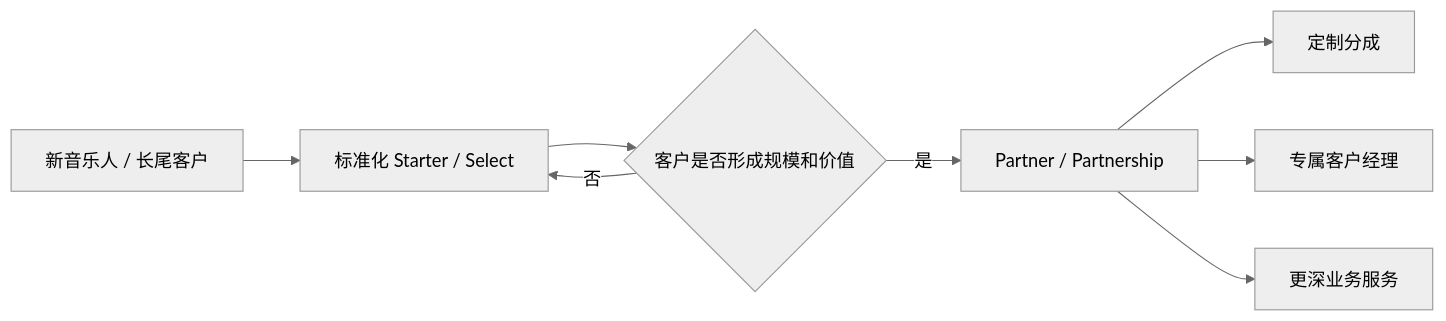
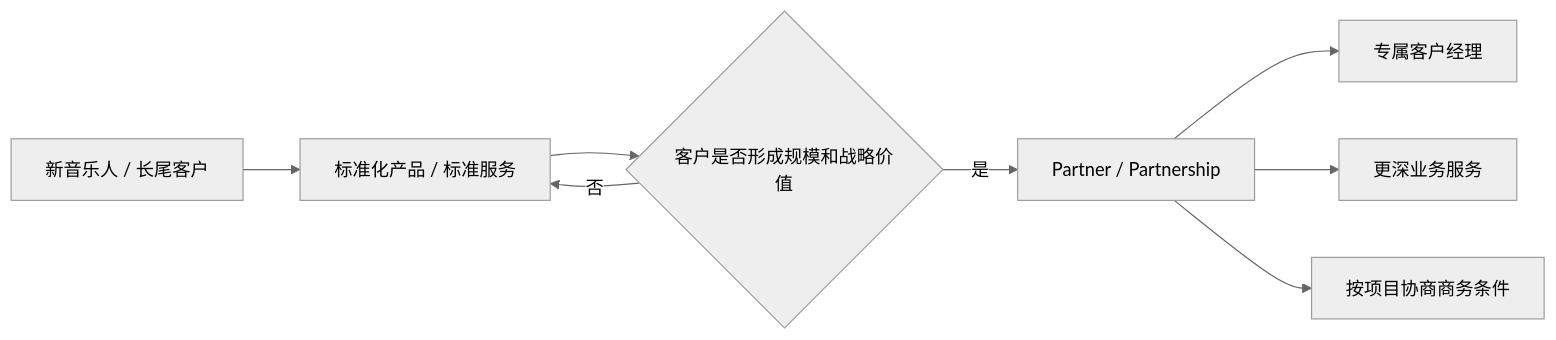
One commit to zeroooolu/kanjian-distribution-products changed the second of 7 diagrams in 02-star-release/commercial-model-v1.0.md. Above: the diagram before and after it, drawn with Mermaid (neutral theme). The commit also changed other lines of this file, not shown here.

````diff
--- a/02-star-release/commercial-model-v1.0.md
+++ b/02-star-release/commercial-model-v1.0.md
@@ -101,10 +106,10 @@
 ```mermaid
 flowchart LR
-    A[新音乐人 / 长尾客户] --> B[标准化 Starter / Select]
-    B --> C{客户是否形成规模和价值}
+    A[新音乐人 / 长尾客户] --> B[标准化产品 / 标准服务]
+    B --> C{客户是否形成规模和战略价值}
     C -- 否 --> B
     C -- 是 --> D[Partner / Partnership]
-    D --> E[定制分成]
-    D --> F[专属客户经理]
-    D --> G[更深业务服务]
+    D --> E[专属客户经理]
+    D --> F[更深业务服务]
+    D --> G[按项目协商商务条件]
 ```
````
